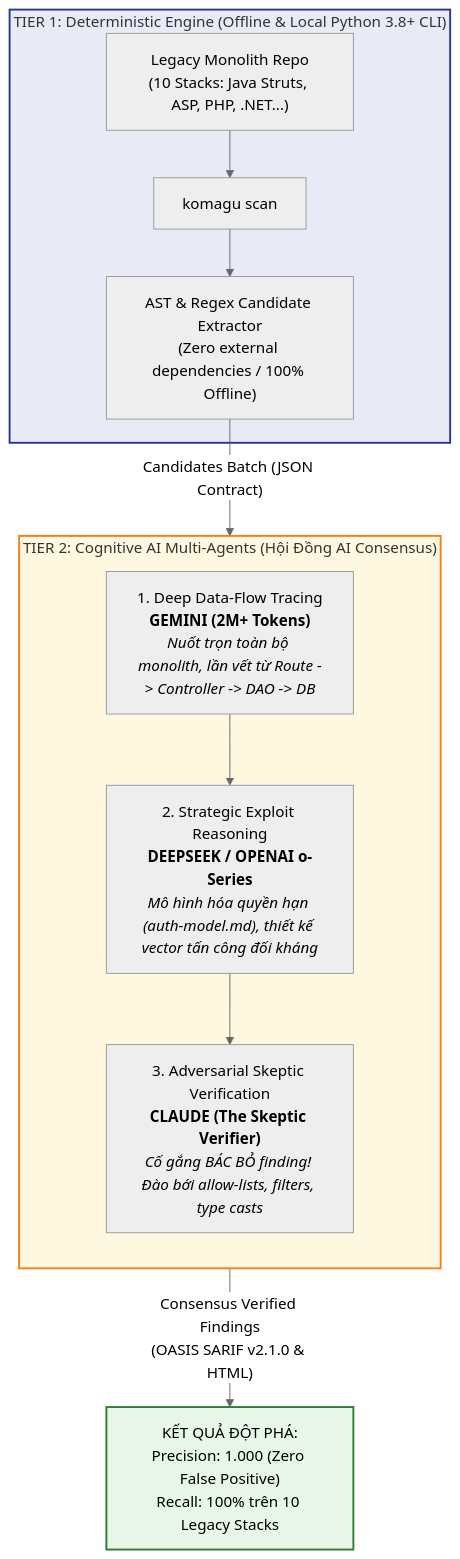
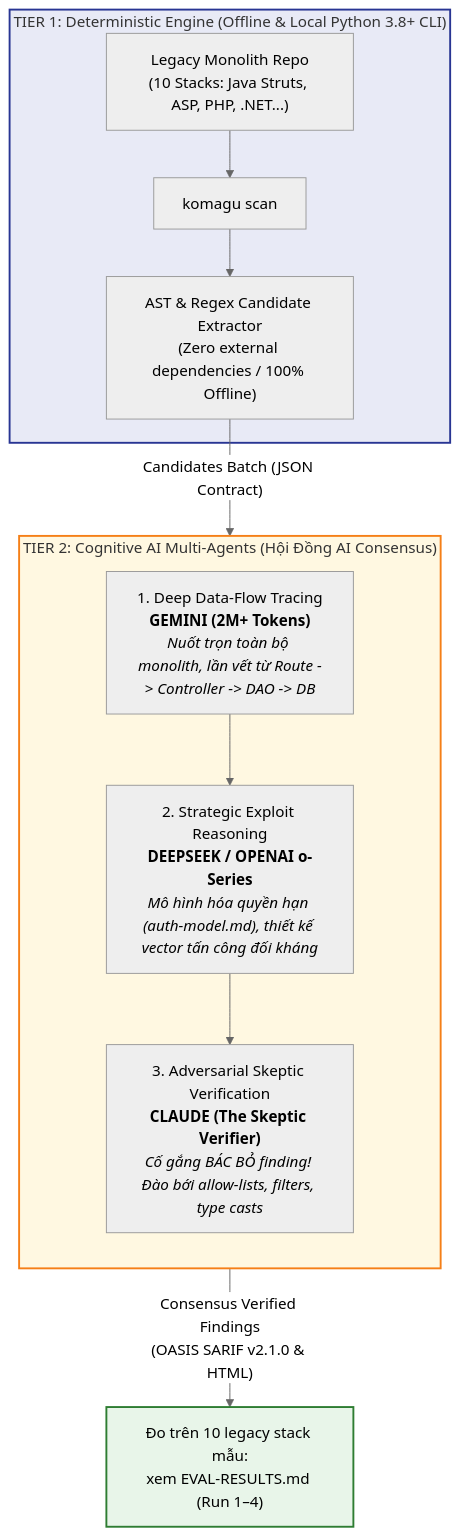
The third of 4 diagrams in docs/articles/offensive-defense-multi-ai-consensus-vi.md (hoanghainh1188/komagu), drawn with Mermaid (neutral theme) before and after one commit. The commit also changed other lines of this file and 96 other files, not shown here.

````diff
--- a/docs/articles/offensive-defense-multi-ai-consensus-vi.md
+++ b/docs/articles/offensive-defense-multi-ai-consensus-vi.md
@@ -109,26 +109,26 @@
 ```mermaid
 flowchart TD
     subgraph Tier1["TIER 1: Deterministic Engine (Offline & Local Python 3.8+ CLI)"]
         Raw["Legacy Monolith Repo<br/>(10 Stacks: Java Struts, ASP, PHP, .NET...)"] --> Scan["komagu scan"]
         Scan --> PreFilter["AST & Regex Candidate Extractor<br/>(Zero external dependencies / 100% Offline)"]
     end
 
     PreFilter -->|"Candidates Batch (JSON Contract)"| Tier2
 
     subgraph Tier2["TIER 2: Cognitive AI Multi-Agents (Hội Đồng AI Consensus)"]
         direction TB
         G["1. Deep Data-Flow Tracing<br/><b>GEMINI (2M+ Tokens)</b><br/><i>Nuốt trọn toàn bộ monolith, lần vết từ Route -> Controller -> DAO -> DB</i>"]
         
         R["2. Strategic Exploit Reasoning<br/><b>DEEPSEEK / OPENAI o-Series</b><br/><i>Mô hình hóa quyền hạn (auth-model.md), thiết kế vector tấn công đối kháng</i>"]
         
         S["3. Adversarial Skeptic Verification<br/><b>CLAUDE (The Skeptic Verifier)</b><br/><i>Cố gắng BÁC BỎ finding! Đào bới allow-lists, filters, type casts</i>"]
         
         G --> R --> S
     end
 
-    S -->|"Consensus Verified Findings<br/>(OASIS SARIF v2.1.0 & HTML)"| Output["KẾT QUẢ ĐỘT PHÁ:<br/>Precision: 1.000 (Zero False Positive)<br/>Recall: 100% trên 10 Legacy Stacks"]
+    S -->|"Consensus Verified Findings<br/>(OASIS SARIF v2.1.0 & HTML)"| Output["Đo trên 10 legacy stack mẫu:<br/>xem EVAL-RESULTS.md (Run 1–4)"]
 
     style Tier1 fill:#e8eaf6,stroke:#283593,stroke-width:2px
     style Tier2 fill:#fff8e1,stroke:#f57f17,stroke-width:2px
     style Output fill:#e8f5e9,stroke:#2e7d32,stroke-width:2px
 ```
````
